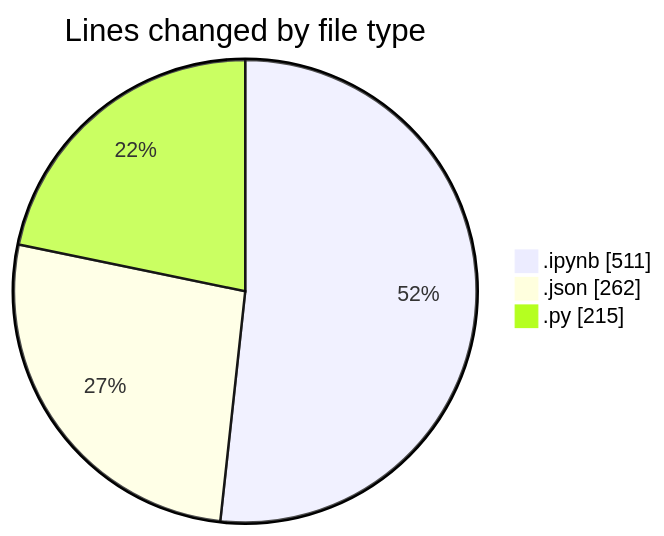
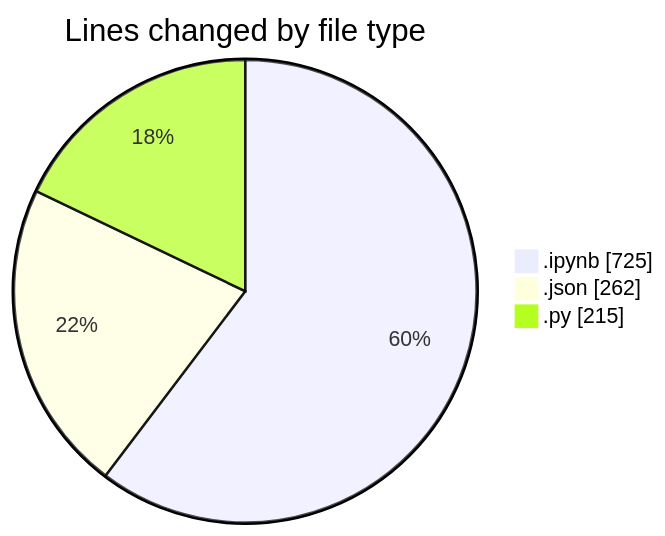
The first of 2 diagrams in 2025-10-13/mencoba/README.md (idhammustaqopulfikri/code-tracking), drawn with Mermaid before and after one commit. The commit also changed other lines of this file and 1 other file, not shown here.

````diff
--- a/2025-10-13/mencoba/README.md
+++ b/2025-10-13/mencoba/README.md
@@ -23,7 +23,7 @@
 ```mermaid
 pie showData
 title Lines changed by file type
-".ipynb" : 511
+".ipynb" : 725
 ".json" : 262
 ".py" : 215
 ```
````
